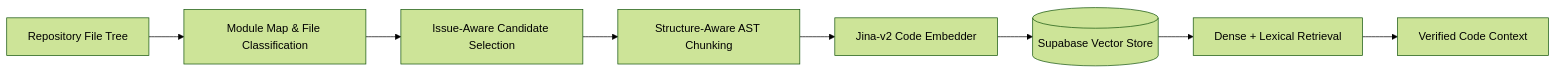
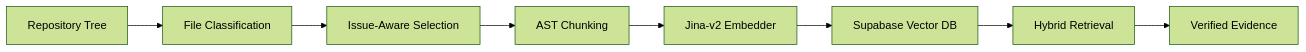
Before and after one commit to sriharizz/gitnova: the second of 3 diagrams in README.md, drawn with Mermaid (forest theme). The commit also changed other lines of this file, not shown here.

Commit message:
docs: remove live demo guide section and streamline horizontal mermaid diagrams

````diff
--- a/README.md
+++ b/README.md
@@ -69,10 +71,10 @@
 ```mermaid
 flowchart LR
-    Tree[Repository File Tree] --> Map[Module Map & File Classification]
-    Map --> Select[Issue-Aware Candidate Selection]
-    Select --> AST[Structure-Aware AST Chunking]
-    AST --> Embed[Jina-v2 Code Embedder]
-    Embed --> Store[(Supabase Vector Store)]
-    Store --> Retrieve[Dense + Lexical Retrieval]
-    Retrieve --> Evidence[Verified Code Context]
+    Tree["Repository Tree"] --> Classify["File Classification"]
+    Classify --> Select["Issue-Aware Selection"]
+    Select --> AST["AST Chunking"]
+    AST --> Embed["Jina-v2 Embedder"]
+    Embed --> Store["Supabase Vector DB"]
+    Store --> Retrieve["Hybrid Retrieval"]
+    Retrieve --> Evidence["Verified Evidence"]
 ```
````
